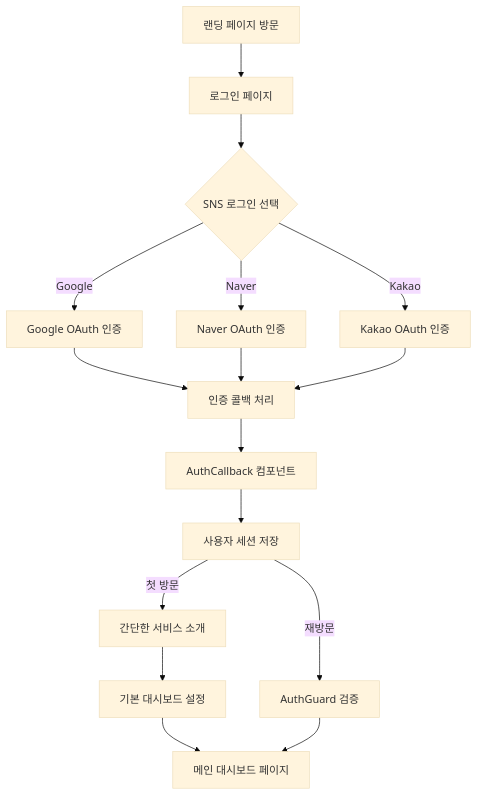
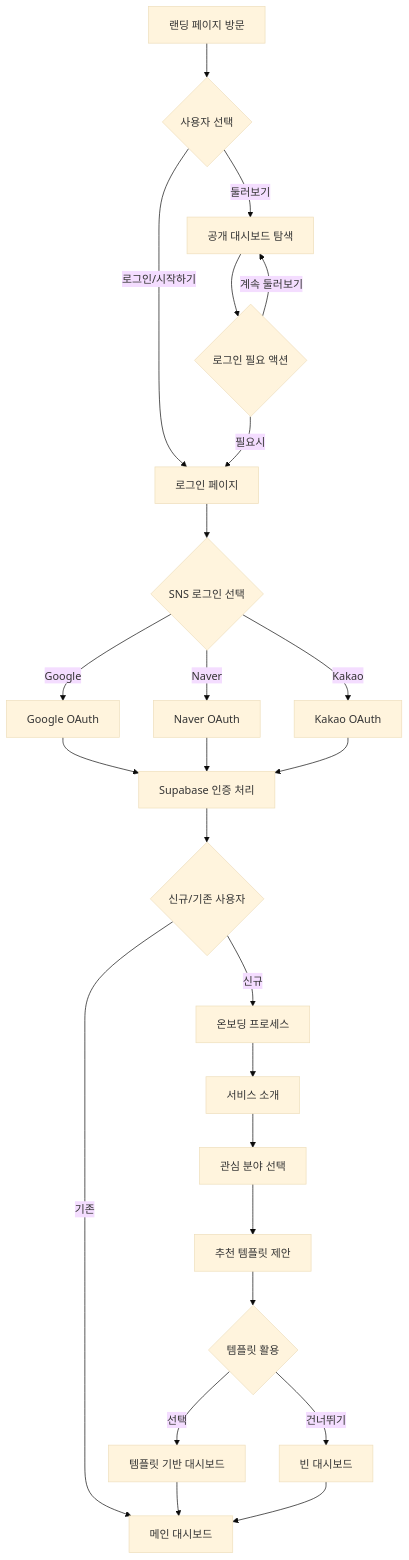
One commit to Seungwoo321/etorch-docs changed the second of 14 diagrams in ui-design/user-flows.md. Above: the diagram before and after it, drawn with Mermaid (base theme). The commit also changed other lines of this file, not shown here.

Commit message:
docs: 사용자 흐름 가이드 문서 업데이트

````diff
--- a/ui-design/user-flows.md
+++ b/ui-design/user-flows.md
@@ -92,22 +91,32 @@
 ```mermaid
 flowchart TD
-    A[랜딩 페이지 방문] --> B[로그인 페이지]
-    B --> C{SNS 로그인 선택}
-    C -->|Google| D[Google OAuth 인증]
-    C -->|Naver| E[Naver OAuth 인증]
-    C -->|Kakao| F[Kakao OAuth 인증]
+    A[랜딩 페이지 방문] --> B{사용자 선택}
+    B -->|로그인/시작하기| C[로그인 페이지]
+    B -->|둘러보기| N[공개 대시보드 탐색]
     
-    D --> G[인증 콜백 처리]
-    E --> G
-    F --> G
+    C --> D{SNS 로그인 선택}
+    D -->|Google| E[Google OAuth]
+    D -->|Naver| F[Naver OAuth]
+    D -->|Kakao| G[Kakao OAuth]
     
-    G --> H[AuthCallback 컴포넌트]
-    H --> I[사용자 세션 저장]
+    E --> H[Supabase 인증 처리]
+    F --> H
+    G --> H
     
-    I -->|첫 방문| J[간단한 서비스 소개]
-    I -->|재방문| K[AuthGuard 검증]
+    H --> I{신규/기존 사용자}
+    I -->|신규| J[온보딩 프로세스]
+    I -->|기존| M[메인 대시보드]
     
-    J --> L[기본 대시보드 설정]
-    L --> M[메인 대시보드 페이지]
-    K --> M
+    J --> K[서비스 소개]
+    K --> L[관심 분야 선택]
+    L --> O[추천 템플릿 제안]
+    O --> P{템플릿 활용}
+    P -->|선택| Q[템플릿 기반 대시보드]
+    P -->|건너뛰기| R[빈 대시보드]
+    Q --> M
+    R --> M
+    
+    N --> S{로그인 필요 액션}
+    S -->|필요시| C
+    S -->|계속 둘러보기| N
 ```
````
